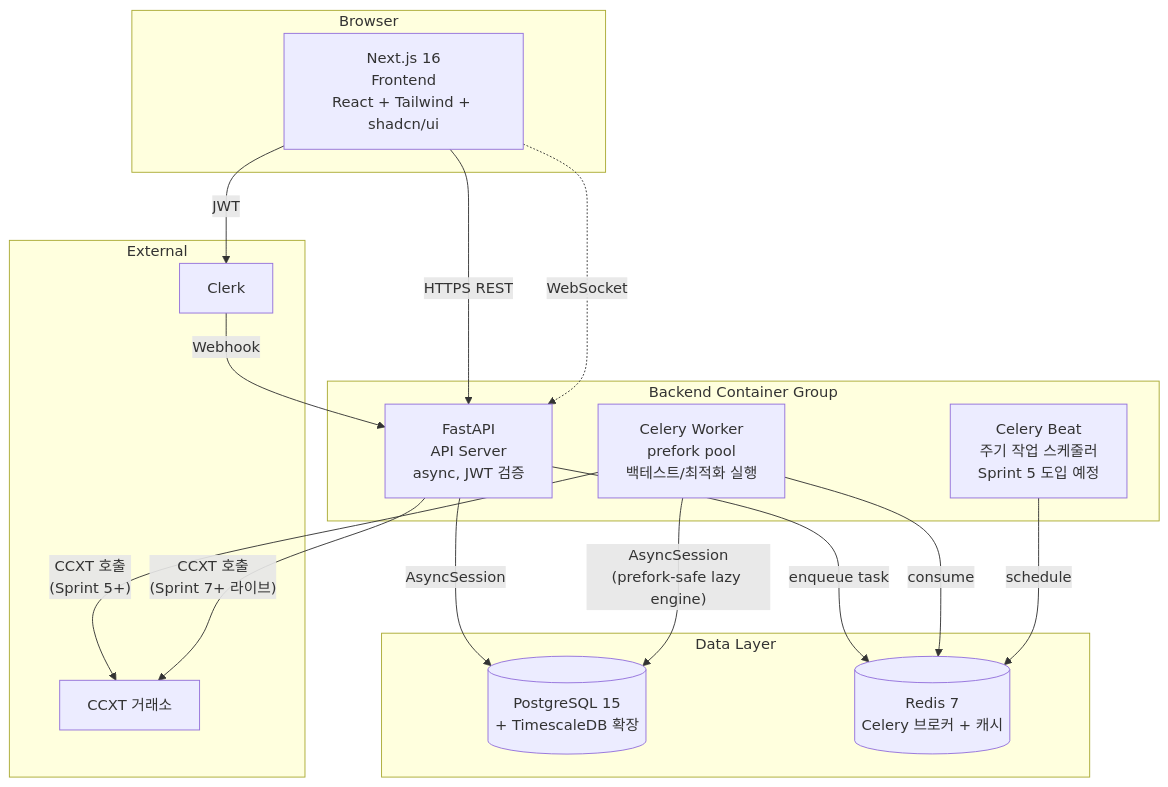
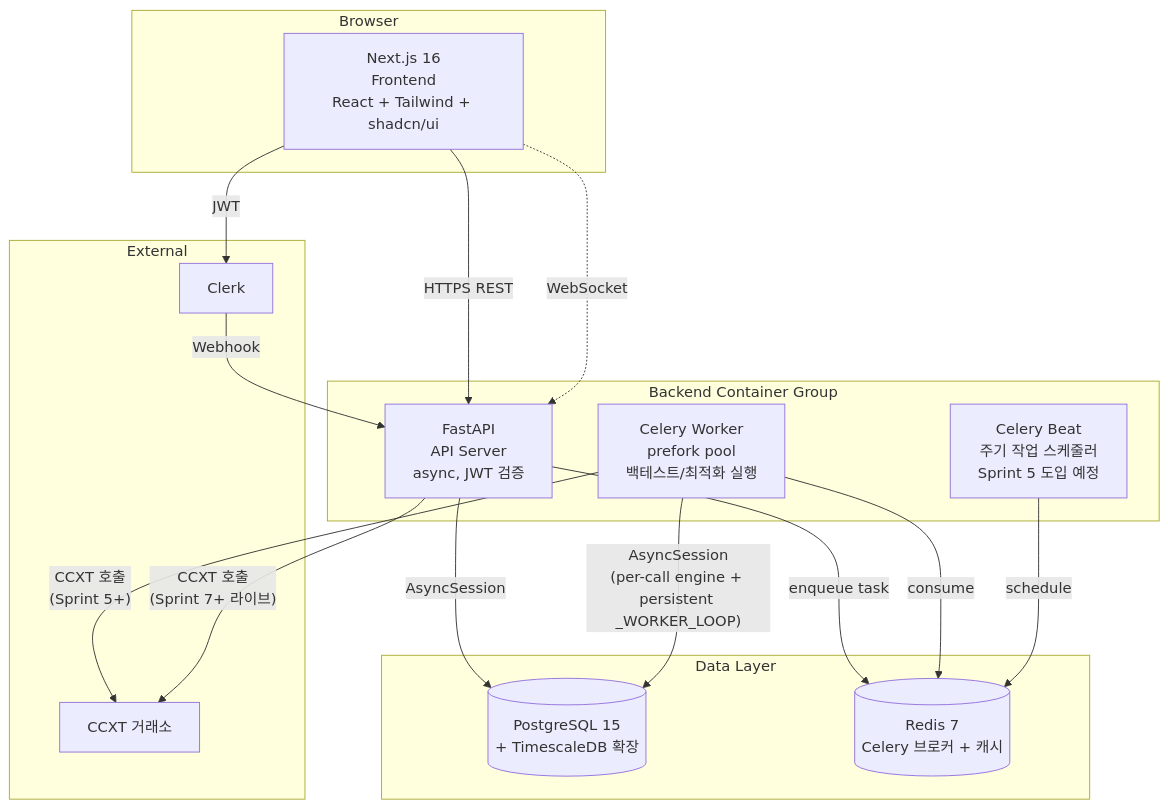
Before and after one commit to woosung-dev/quantbridge: the second of 7 diagrams in docs/04_architecture/system-architecture.md, drawn with Mermaid. The commit also changed other lines of this file and 3 other files, not shown here.

First line of the commit message:
docs: Sprint 18+19 atomic update backfill (architecture / TODO / .ai sync)

````diff
--- a/docs/04_architecture/system-architecture.md
+++ b/docs/04_architecture/system-architecture.md
@@ -38,37 +38,37 @@
 ```mermaid
 flowchart TB
     subgraph Browser["Browser"]
         FE[Next.js 16\nFrontend\nReact + Tailwind + shadcn/ui]
     end
 
     subgraph Backend["Backend Container Group"]
         API[FastAPI\nAPI Server\nasync, JWT 검증]
         Worker[Celery Worker\nprefork pool\n백테스트/최적화 실행]
         Beat[Celery Beat\n주기 작업 스케줄러\nSprint 5 도입 예정]
     end
 
     subgraph Data["Data Layer"]
         DB[(PostgreSQL 15\n+ TimescaleDB 확장)]
         Redis[(Redis 7\nCelery 브로커 + 캐시)]
     end
 
     subgraph External["External"]
         Clerk[Clerk]
         Exch[CCXT 거래소]
     end
 
     FE -- HTTPS REST --> API
     FE -. WebSocket .-> API
     FE -- JWT --> Clerk
     Clerk -- Webhook --> API
 
     API -- AsyncSession --> DB
     API -- enqueue task --> Redis
 
     Worker -- consume --> Redis
-    Worker -- AsyncSession\n(prefork-safe lazy engine) --> DB
+    Worker -- AsyncSession\n(per-call engine + persistent _WORKER_LOOP) --> DB
     Beat -- schedule --> Redis
 
     Worker -- CCXT 호출\n(Sprint 5+) --> Exch
     API -- CCXT 호출\n(Sprint 7+ 라이브) --> Exch
 ```
````
